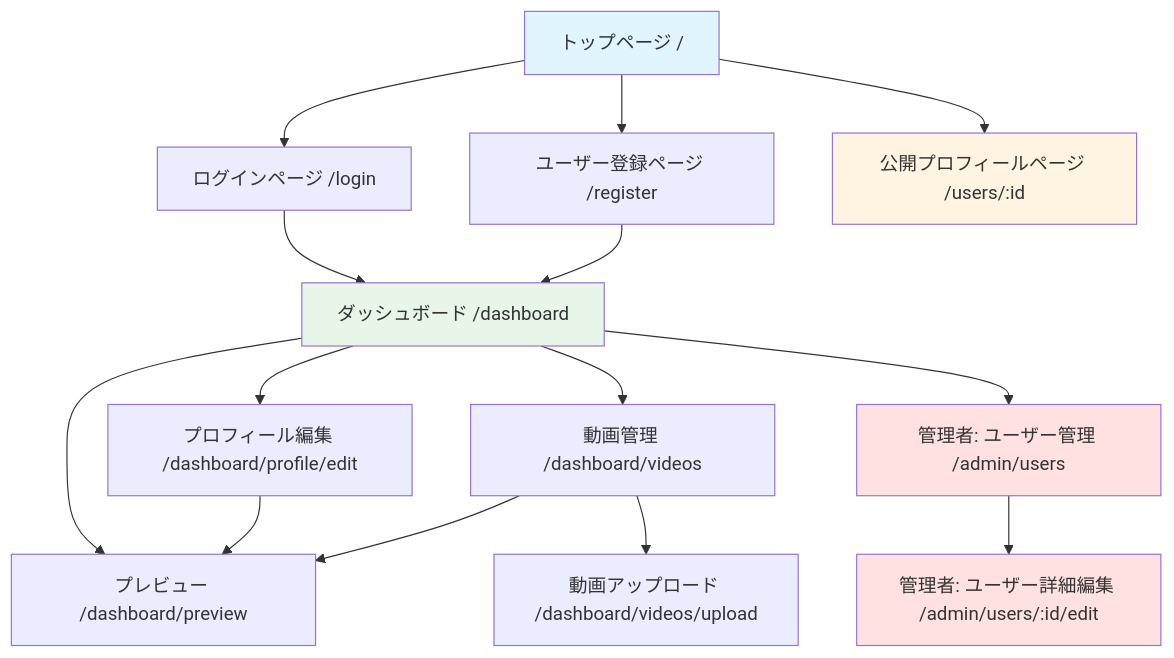
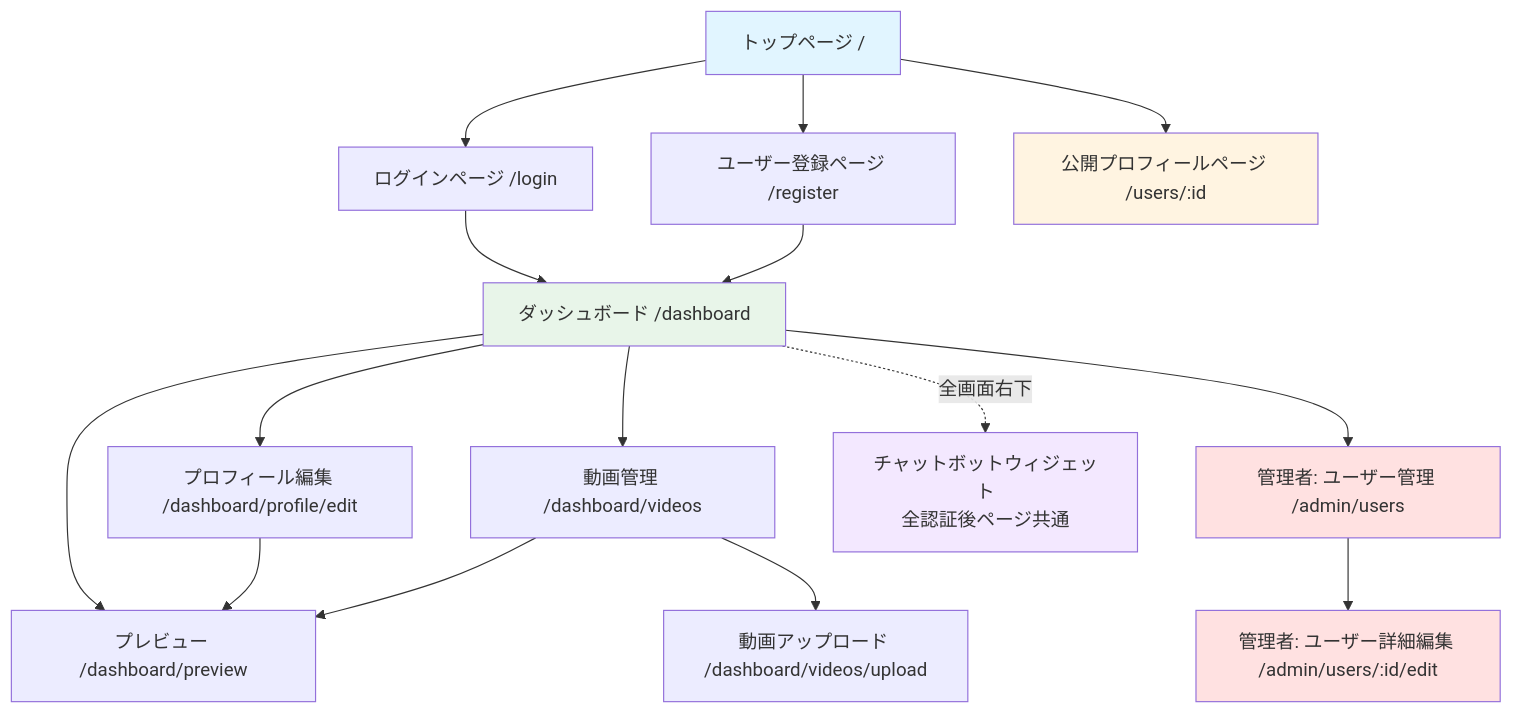
One commit to tetsu2026/movie-profile changed the diagram in docs/design-docs/04_sitemap.md. Above: the diagram before and after it, drawn with Mermaid. The commit also changed other lines of this file and 10 other files, not shown here.

````diff
--- a/docs/design-docs/04_sitemap.md
+++ b/docs/design-docs/04_sitemap.md
@@ -5,27 +5,30 @@
 ```mermaid
 graph TD
     A[トップページ /] --> B[ログインページ /login]
     A --> C[ユーザー登録ページ /register]
     A --> D[公開プロフィールページ /users/:id]
 
     B --> E[ダッシュボード /dashboard]
     C --> E
 
     E --> F[プロフィール編集 /dashboard/profile/edit]
     E --> G[動画管理 /dashboard/videos]
     E --> H[プレビュー /dashboard/preview]
 
     E --> I[管理者: ユーザー管理 /admin/users]
     I --> J[管理者: ユーザー詳細編集 /admin/users/:id/edit]
 
     G --> K[動画アップロード /dashboard/videos/upload]
 
     F --> H
     G --> H
 
+    E -.->|全画面右下| CB[チャットボットウィジェット<br/>全認証後ページ共通]
+
     style A fill:#e1f5ff
     style D fill:#fff4e1
     style E fill:#e8f5e9
     style I fill:#ffe1e1
     style J fill:#ffe1e1
+    style CB fill:#f3e8ff
 ```
````
